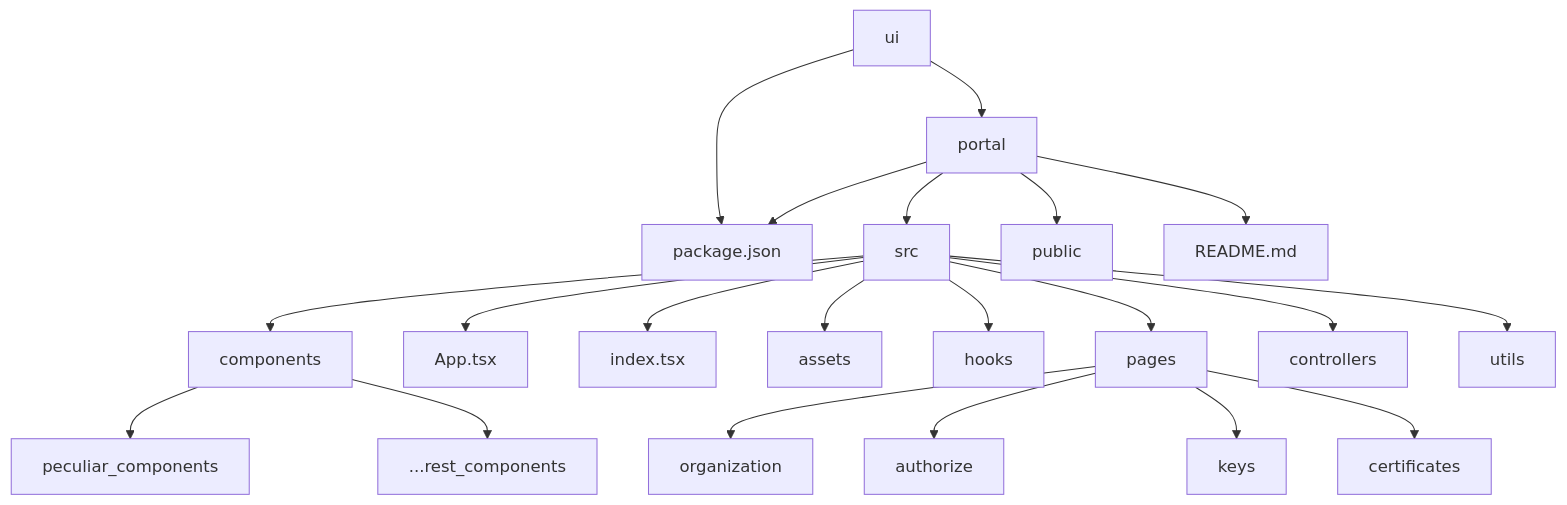
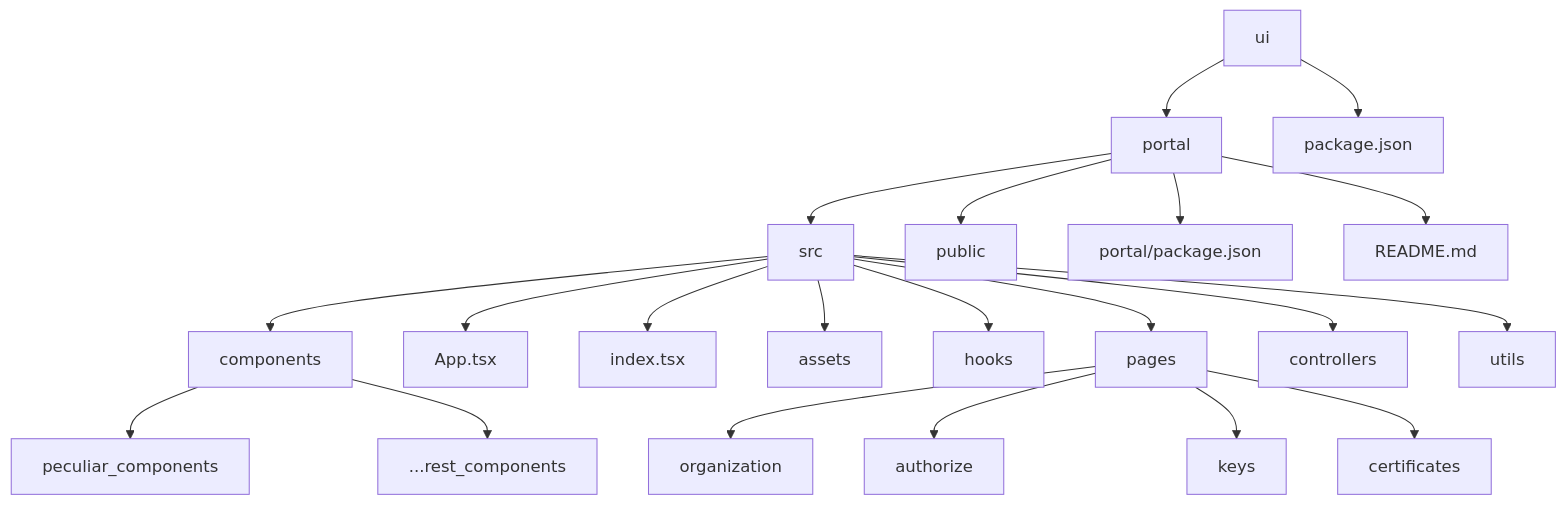
One commit to Bonn2018/chess-app changed the diagram in README.md. Above: the diagram before and after it, drawn with Mermaid.

````diff
--- a/README.md
+++ b/README.md
@@ -48,23 +48,23 @@
 ```mermaid
   graph TD;
   ui --> portal
   ui --> package.json
   portal --> src
   portal --> public
-  portal --> package.json
+  portal --> portal/package.json
   portal --> README.md
   src --> components
   components --> peculiar_components
   components --> ...rest_components
   src --> App.tsx
   src --> index.tsx
   src --> assets
   src --> hooks
   src --> pages
   src --> controllers
   src --> utils
   pages --> organization
   pages --> authorize
   pages --> keys
   pages --> certificates
 ```
````
